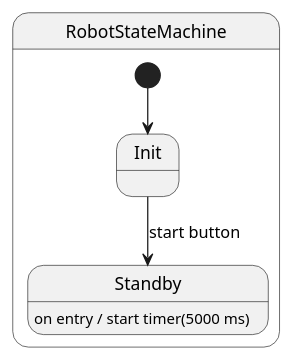
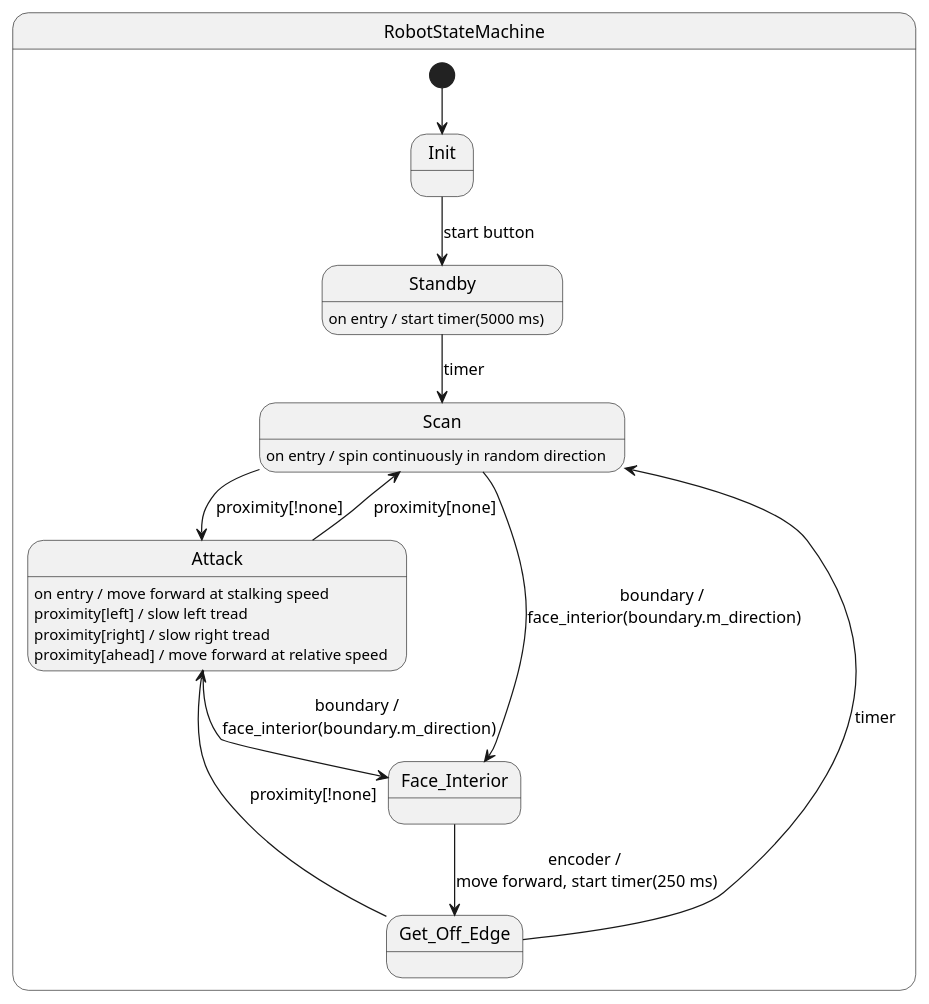
Before and after one commit to AndrewWasHere/juggerbot: the diagram in statechart.puml, drawn with PlantUML. The commit also changed 13 other files, not shown here.

```diff
--- a/statechart.puml
+++ b/statechart.puml
@@ -1,7 +1,20 @@
 @startuml
 state RobotStateMachine {
     [*] --> Init
     Init --> Standby : start button
     Standby : on entry / start timer(5000 ms)
+    Standby --> Scan : timer 
+    Scan : on entry / spin continuously in random direction
+    Scan --> Attack : proximity[!none] 
+    Scan --> Face_Interior : boundary / \nface_interior(boundary.m_direction)
+    Attack : on entry / move forward at stalking speed
+    Attack : proximity[left] / slow left tread
+    Attack : proximity[right] / slow right tread
+    Attack : proximity[ahead] / move forward at relative speed
+    Attack --> Scan : proximity[none]
+    Attack --> Face_Interior : boundary / \nface_interior(boundary.m_direction)
+    Face_Interior --> Get_Off_Edge : encoder / \nmove forward, start timer(250 ms)
+    Get_Off_Edge --> Scan : timer 
+    Get_Off_Edge --> Attack : proximity[!none]
 }
 @enduml
```
